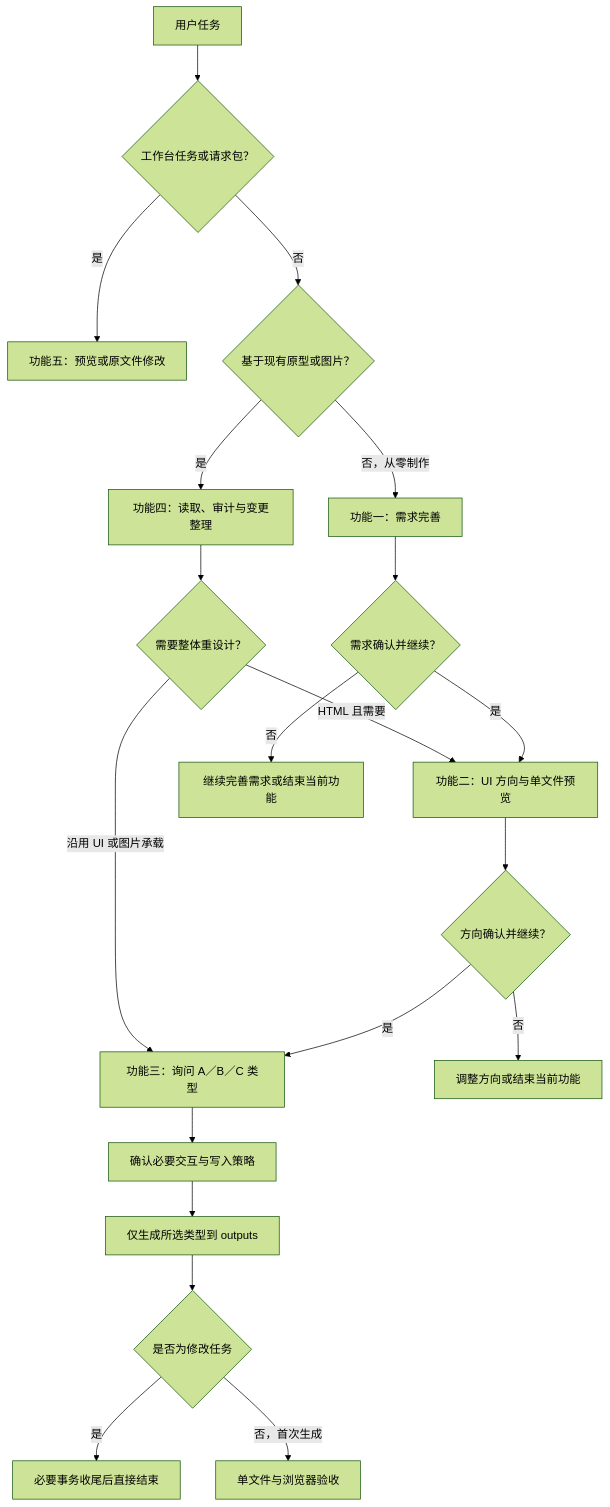
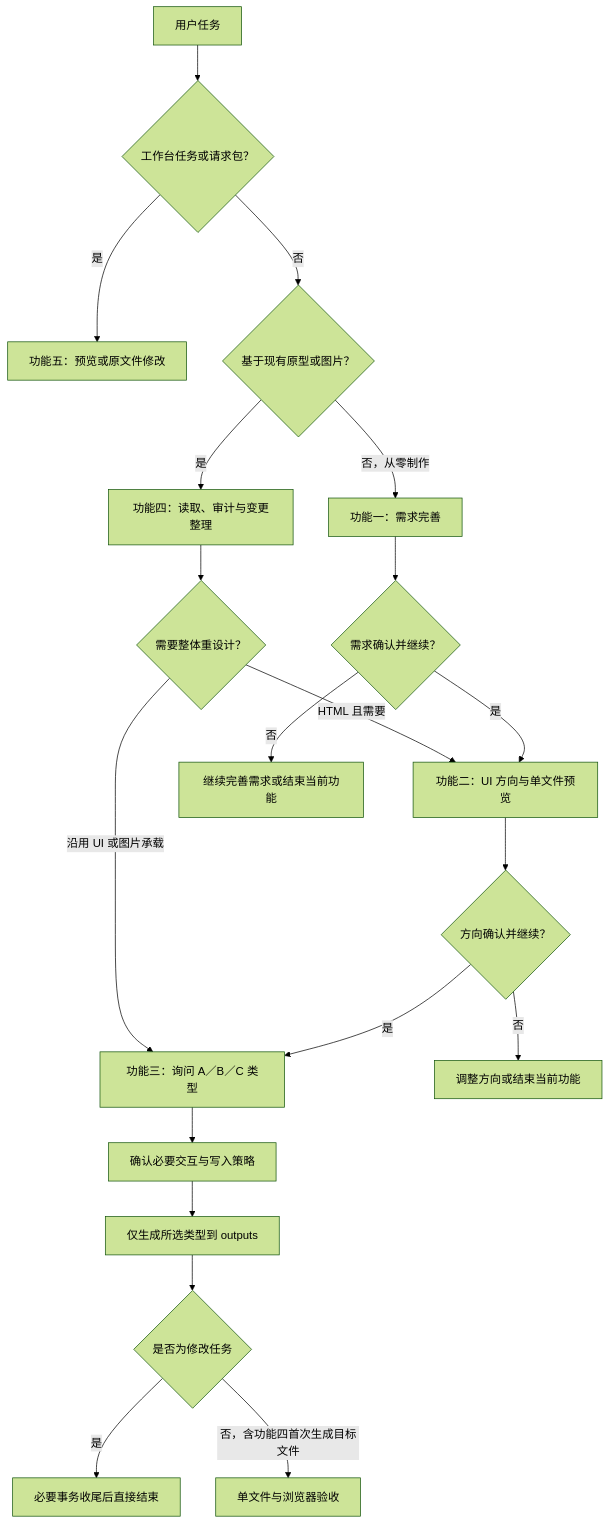
One commit to Ycet/ycet-prototype-create changed the diagram in skill-outputs/ycet-prototype-create/SKILL.md. Above: the diagram before and after it, drawn with Mermaid (forest theme). The commit also changed other lines of this file and 12 other files, not shown here.

````diff
--- a/skill-outputs/ycet-prototype-create/SKILL.md
+++ b/skill-outputs/ycet-prototype-create/SKILL.md
@@ -17,22 +17,22 @@
 ```mermaid
 flowchart TD
     S[用户任务] --> W{工作台任务或请求包？}
     W -->|是| F5[功能五：预览或原文件修改]
     W -->|否| E{基于现有原型或图片？}
     E -->|是| F4[功能四：读取、审计与变更整理]
     E -->|否，从零制作| F1[功能一：需求完善]
     F1 --> C1{需求确认并继续？}
     C1 -->|是| F2[功能二：UI 方向与单文件预览]
     C1 -->|否| R1[继续完善需求或结束当前功能]
     F2 --> C2{方向确认并继续？}
     C2 -->|是| F3[功能三：询问 A／B／C 类型]
     C2 -->|否| R2[调整方向或结束当前功能]
     F4 --> U{需要整体重设计？}
     U -->|HTML 且需要| F2
     U -->|沿用 UI 或图片承载| F3
     F3 --> P[确认必要交互与写入策略]
     P --> G[仅生成所选类型到 outputs]
     G --> M{是否为修改任务}
     M -->|是| END[必要事务收尾后直接结束]
-    M -->|否，首次生成| V[单文件与浏览器验收]
+    M -->|否，含功能四首次生成目标文件| V[单文件与浏览器验收]
 ```
````
